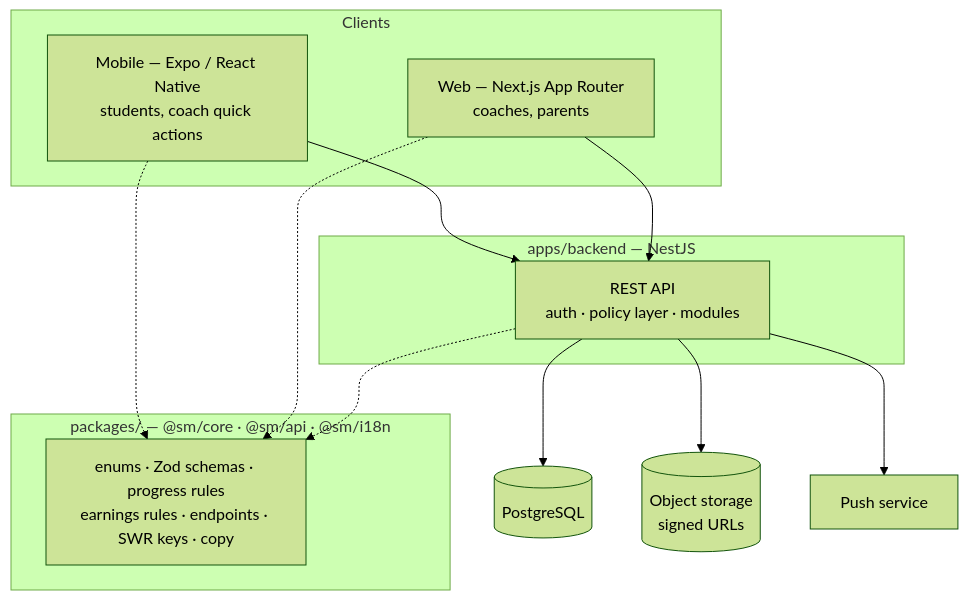
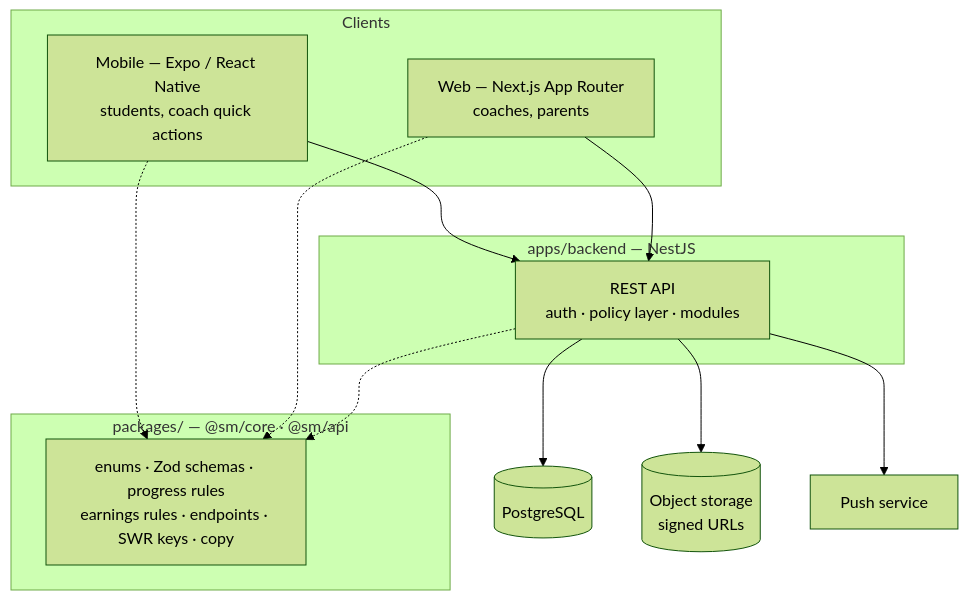
Before and after one commit to bursadev/student-monitor: the diagram in docs/04-Architecture/Architecture Overview.md, drawn with Mermaid (forest theme). The commit also changed other lines of this file and 12 other files, not shown here.

````diff
--- a/docs/04-Architecture/Architecture Overview.md
+++ b/docs/04-Architecture/Architecture Overview.md
@@ -13,25 +13,25 @@
 ```mermaid
 flowchart TB
   subgraph clients [Clients]
     M["Mobile — Expo / React Native<br/>students, coach quick actions"]
     W["Web — Next.js App Router<br/>coaches, parents"]
   end
-  subgraph shared ["packages/ — @sm/core · @sm/api · @sm/i18n"]
+  subgraph shared ["packages/ — @sm/core · @sm/api"]
     SH["enums · Zod schemas · progress rules<br/>earnings rules · endpoints · SWR keys · copy"]
   end
   subgraph backend [apps/backend — NestJS]
     A["REST API<br/>auth · policy layer · modules"]
   end
   DB[(PostgreSQL)]
   OBJ[(Object storage<br/>signed URLs)]
   PUSH[Push service]
 
   M --> A
   W --> A
   M -.-> SH
   W -.-> SH
   A -.-> SH
   A --> DB
   A --> OBJ
   A --> PUSH
 ```
````
